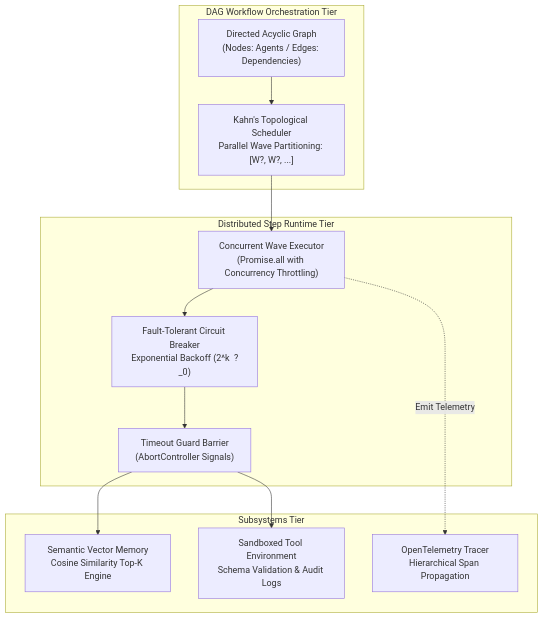
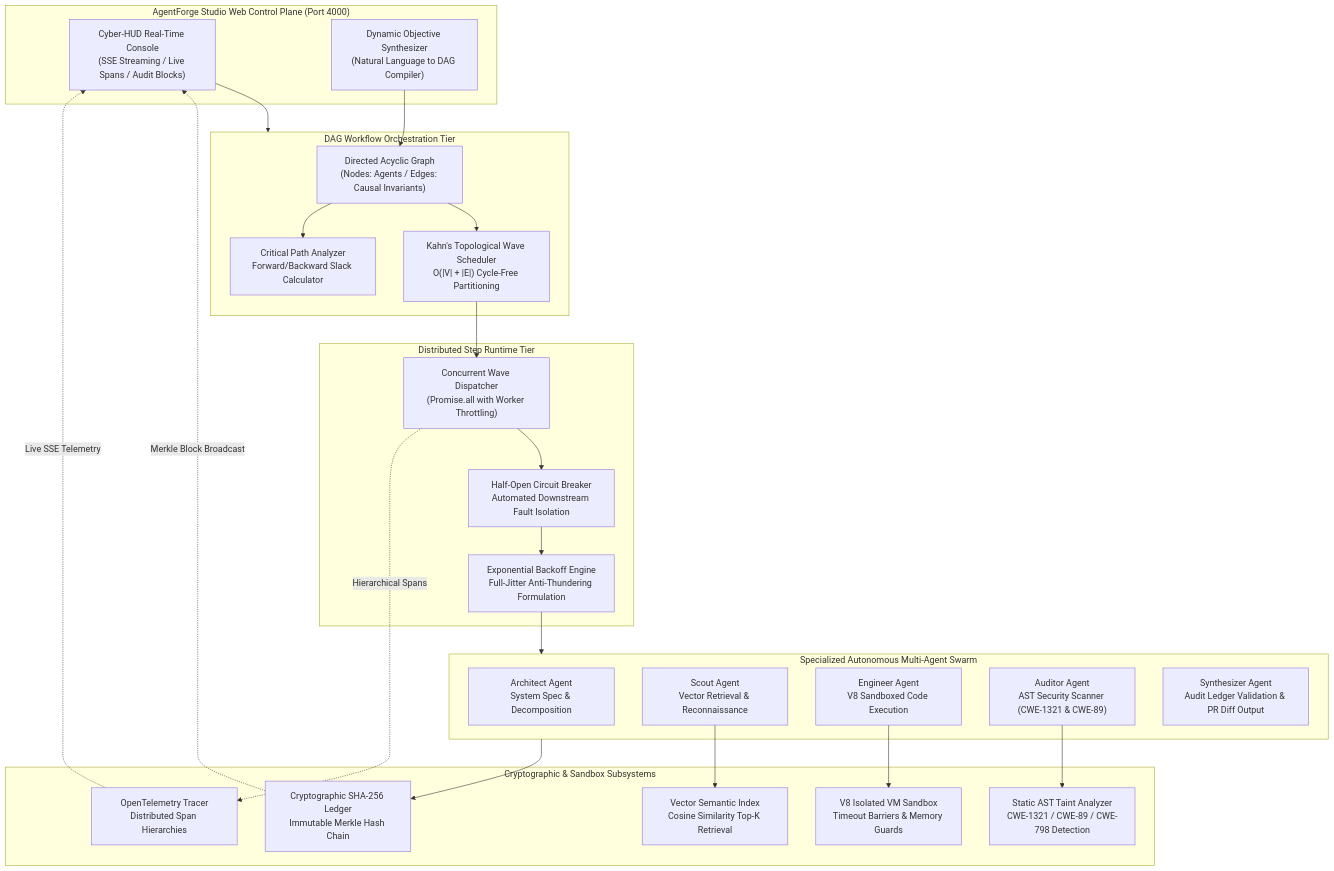
Before and after one commit to Dev-5678/AgentForge: the diagram in README.md, drawn with Mermaid. The commit also changed other lines of this file and 37 other files, not shown here.

Commit message:
test(dag): add complex diamond-mesh wave scheduling and multi-hop cycle detection test suite

````diff
--- a/README.md
+++ b/README.md
@@ -15,27 +17,51 @@
 ```mermaid
 graph TD
+    subgraph UI ["AgentForge Studio Web Control Plane (Port 4000)"]
+        Dashboard["Cyber-HUD Real-Time Console\n(SSE Streaming / Live Spans / Audit Blocks)"]
+        SynthesizerInput["Dynamic Objective Synthesizer\n(Natural Language to DAG Compiler)"]
+    end
+
     subgraph Orchestration ["DAG Workflow Orchestration Tier"]
-        DAG["Directed Acyclic Graph\n(Nodes: Agents / Edges: Dependencies)"]
-        Kahn["Kahn's Topological Scheduler\nParallel Wave Partitioning: [W?, W?, ...]"]
+        DAG["Directed Acyclic Graph\n(Nodes: Agents / Edges: Causal Invariants)"]
+        Kahn["Kahn's Topological Wave Scheduler\nO(|V| + |E|) Cycle-Free Partitioning"]
+        CriticalPath["Critical Path Analyzer\nForward/Backward Slack Calculator"]
     end
 
     subgraph ExecutionRuntime ["Distributed Step Runtime Tier"]
-        Wave["Concurrent Wave Executor\n(Promise.all with Concurrency Throttling)"]
-        Retry["Fault-Tolerant Circuit Breaker\nExponential Backoff (2^k  ?_0)"]
-        Timeout["Timeout Guard Barrier\n(AbortController Signals)"]
+        WaveExec["Concurrent Wave Dispatcher\n(Promise.all with Worker Throttling)"]
+        CircuitBreaker["Half-Open Circuit Breaker\nAutomated Downstream Fault Isolation"]
+        Backoff["Exponential Backoff Engine\nFull-Jitter Anti-Thundering Formulation"]
     end
 
-    subgraph MemoryAndTools ["Subsystems Tier"]
-        Vector["Semantic Vector Memory\nCosine Similarity Top-K Engine"]
-        Sandbox["Sandboxed Tool Environment\nSchema Validation & Audit Logs"]
-        Tracer["OpenTelemetry Tracer\nHierarchical Span Propagation"]
+    subgraph AgentTier ["Specialized Autonomous Multi-Agent Swarm"]
+        Architect["Architect Agent\nSystem Spec & Decomposition"]
+        Scout["Scout Agent\nVector Retrieval & Reconnaissance"]
+        Engineer["Engineer Agent\nV8 Sandboxed Code Execution"]
+        Auditor["Auditor Agent\nAST Security Scanner (CWE-1321 & CWE-89)"]
+        Synthesizer["Synthesizer Agent\nAudit Ledger Validation & PR Diff Output"]
     end
 
+    subgraph SecuritySubsystems ["Cryptographic & Sandbox Subsystems"]
+        V8Sandbox["V8 Isolated VM Sandbox\nTimeout Barriers & Memory Guards"]
+        ASTScanner["Static AST Taint Analyzer\nCWE-1321 / CWE-89 / CWE-798 Detection"]
+        AuditLedger["Cryptographic SHA-256 Ledger\nImmutable Merkle Hash Chain"]
+        VectorMemory["Vector Semantic Index\nCosine Similarity Top-K Retrieval"]
+        Tracer["OpenTelemetry Tracer\nDistributed Span Hierarchies"]
+    end
+
+    SynthesizerInput --> DAG
+    Dashboard --> Orchestration
     DAG --> Kahn
-    Kahn --> Wave
-    Wave --> Retry
-    Retry --> Timeout
-    Timeout --> Vector
-    Timeout --> Sandbox
-    Wave -.->|Emit Telemetry| Tracer
+    DAG --> CriticalPath
+    Kahn --> WaveExec
+    WaveExec --> CircuitBreaker
+    CircuitBreaker --> Backoff
+    Backoff --> AgentTier
+    Engineer --> V8Sandbox
+    Auditor --> ASTScanner
+    AgentTier --> AuditLedger
+    Scout --> VectorMemory
+    WaveExec -.->|Hierarchical Spans| Tracer
+    Tracer -.->|Live SSE Telemetry| Dashboard
+    AuditLedger -.->|Merkle Block Broadcast| Dashboard
 ```
````
